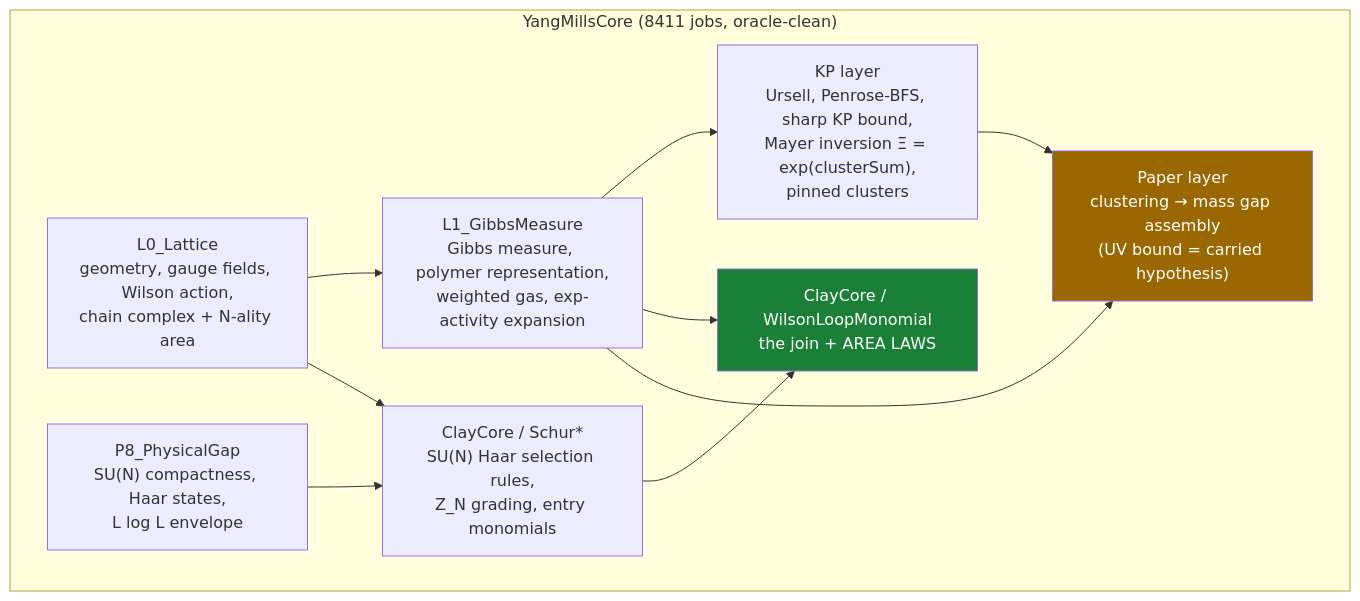
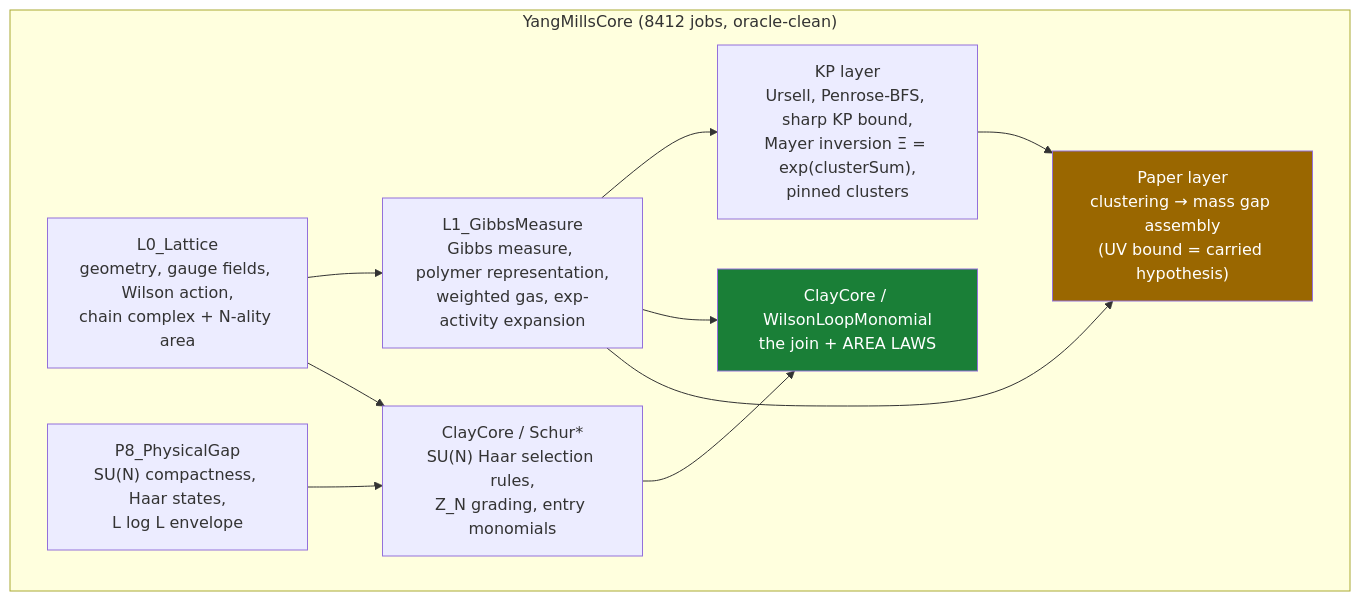
One commit to lluiseriksson/THE-ERIKSSON-PROGRAMME changed the diagram in README.md. Above: the diagram before and after it, drawn with Mermaid. The commit also changed other lines of this file and 11 other files, not shown here.

````diff
--- a/README.md
+++ b/README.md
@@ -363,20 +363,20 @@
 ```mermaid
 graph TD
-    subgraph core["YangMillsCore  (8411 jobs, oracle-clean)"]
+    subgraph core["YangMillsCore  (8412 jobs, oracle-clean)"]
         L0["L0_Lattice<br/>geometry, gauge fields, Wilson action,<br/>chain complex + N-ality area"]
         L1["L1_GibbsMeasure<br/>Gibbs measure, polymer representation,<br/>weighted gas, exp-activity expansion"]
         KP["KP layer<br/>Ursell, Penrose-BFS, sharp KP bound,<br/>Mayer inversion Ξ = exp(clusterSum),<br/>pinned clusters"]
         SCHUR["ClayCore / Schur*<br/>SU(N) Haar selection rules,<br/>Z_N grading, entry monomials"]
         WLM["ClayCore / WilsonLoopMonomial<br/>the join + AREA LAWS"]
         PAPER["Paper layer<br/>clustering → mass gap assembly<br/>(UV bound = carried hypothesis)"]
         P8["P8_PhysicalGap<br/>SU(N) compactness, Haar states,<br/>L log L envelope"]
     end
     L0 --> L1 --> KP
     L0 --> SCHUR --> WLM
     L1 --> WLM
     L1 --> PAPER
     KP --> PAPER
     P8 --> SCHUR
     style WLM fill:#1a7f37,color:#fff
     style PAPER fill:#9a6700,color:#fff
 ```
````
